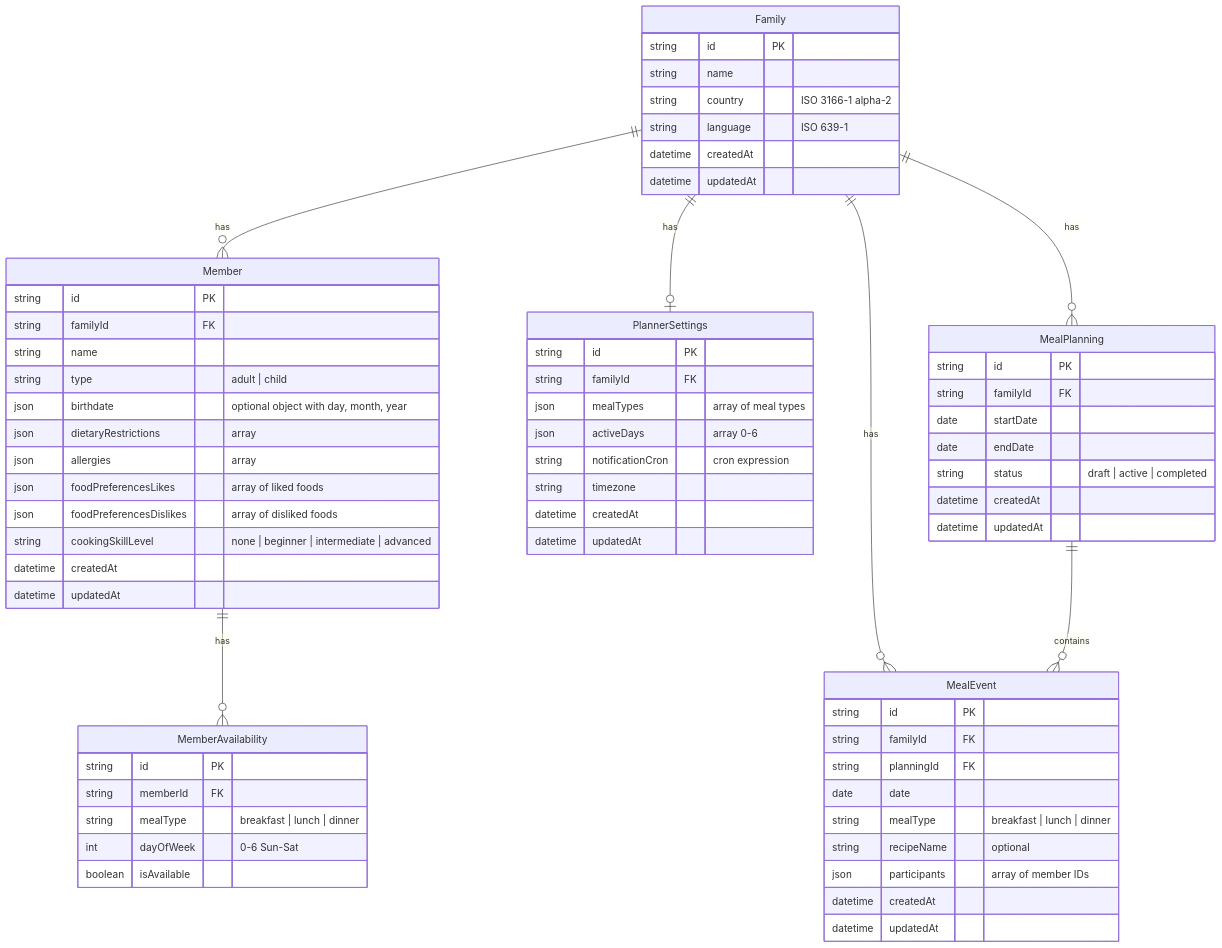
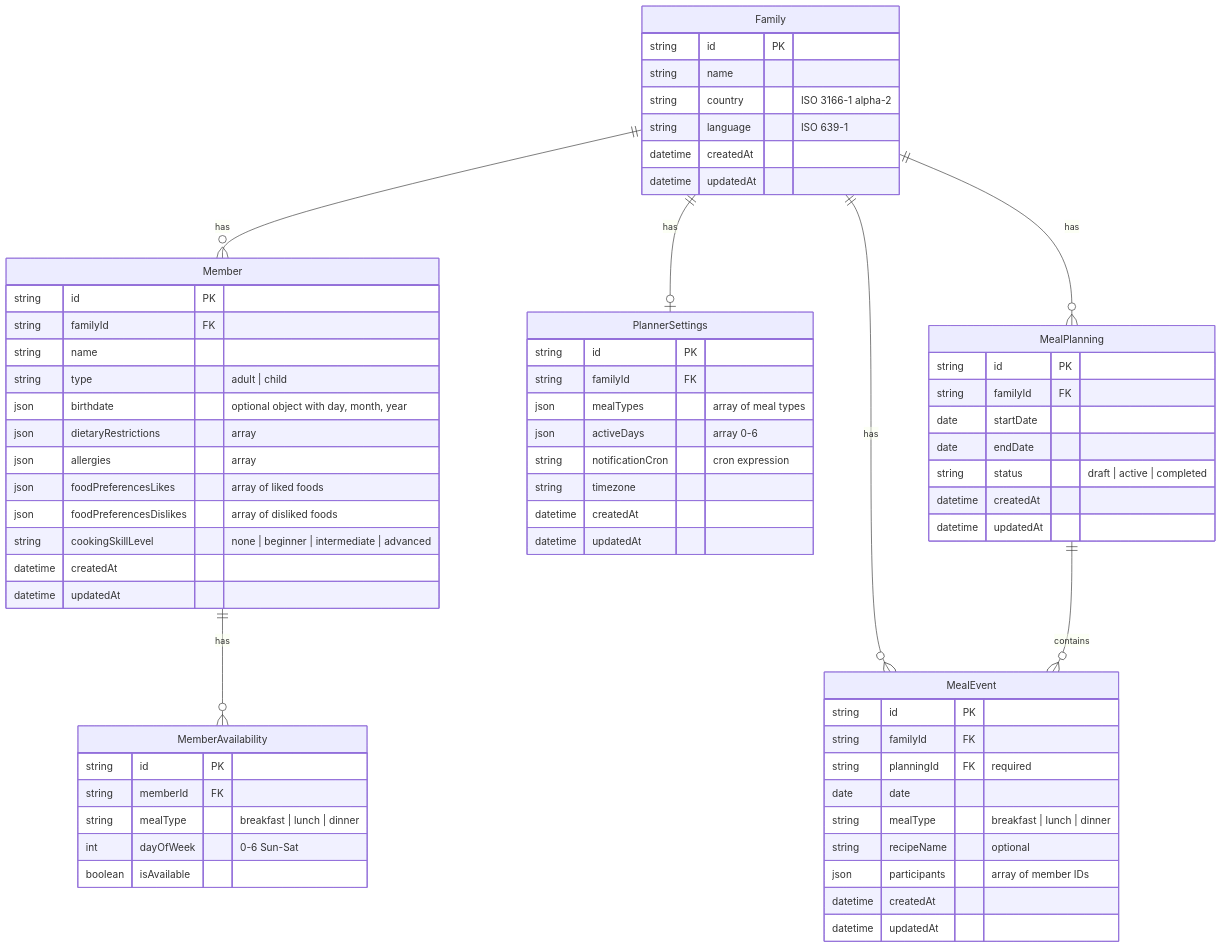
Before and after one commit to Nightbr/auguste: the diagram in specs/database-schema.md, drawn with Mermaid. The commit also changed other lines of this file and 57 other files, not shown here.

````diff
--- a/specs/database-schema.md
+++ b/specs/database-schema.md
@@ -8,74 +8,74 @@
 ```mermaid
 erDiagram
     Family ||--o{ Member : "has"
     Family ||--o| PlannerSettings : "has"
     Member ||--o{ MemberAvailability : "has"
     Family ||--o{ MealPlanning : "has"
     Family ||--o{ MealEvent : "has"
     MealPlanning ||--o{ MealEvent : "contains"
 
     Family {
         string id PK
         string name
         string country "ISO 3166-1 alpha-2"
         string language "ISO 639-1"
         datetime createdAt
         datetime updatedAt
     }
 
     Member {
         string id PK
         string familyId FK
         string name
         string type "adult | child"
         json birthdate "optional object with day, month, year"
         json dietaryRestrictions "array"
         json allergies "array"
         json foodPreferencesLikes "array of liked foods"
         json foodPreferencesDislikes "array of disliked foods"
         string cookingSkillLevel "none | beginner | intermediate | advanced"
         datetime createdAt
         datetime updatedAt
     }
 
     MemberAvailability {
         string id PK
         string memberId FK
         string mealType "breakfast | lunch | dinner"
         int dayOfWeek "0-6 Sun-Sat"
         boolean isAvailable
     }
 
     PlannerSettings {
         string id PK
         string familyId FK
         json mealTypes "array of meal types"
         json activeDays "array 0-6"
         string notificationCron "cron expression"
         string timezone
         datetime createdAt
         datetime updatedAt
     }
 
     MealPlanning {
         string id PK
         string familyId FK
         date startDate
         date endDate
         string status "draft | active | completed"
         datetime createdAt
         datetime updatedAt
     }
 
     MealEvent {
         string id PK
         string familyId FK
-        string planningId FK
+        string planningId FK "required"
         date date
         string mealType "breakfast | lunch | dinner"
         string recipeName "optional"
         json participants "array of member IDs"
         datetime createdAt
         datetime updatedAt
     }
 ```
````
